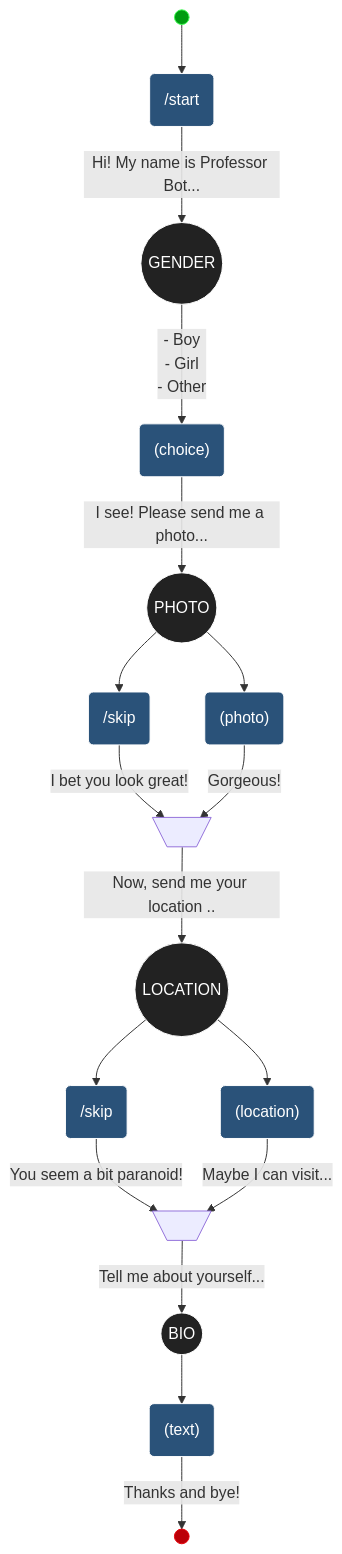
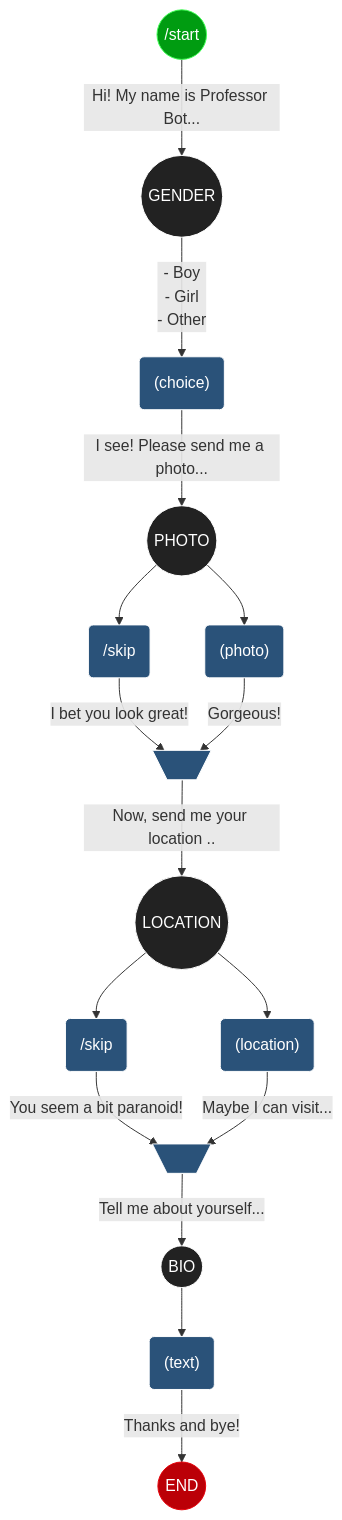
Before and after one commit to python-telegram-bot/python-telegram-bot: the diagram in examples/conversationbot.mmd, drawn with Mermaid. The commit also changed 3 other files, not shown here.

Commit message:
smaller improvements of diagrams

```diff
--- a/examples/conversationbot.mmd
+++ b/examples/conversationbot.mmd
@@ -1,22 +1,21 @@
 flowchart TB
     %% Documentation: https://mermaid-js.github.io/mermaid/#/flowchart
-    firstState((" ")):::firstState --> A("/start"):::userInput 
-    A -->|Hi! My name is Professor Bot...| B((GENDER)):::state
+    A(("/start")):::entryPoint -->|Hi! My name is Professor Bot...| B((GENDER)):::state
     B --> |"- Boy <br /> - Girl <br /> - Other"|C("(choice)"):::userInput 
     C --> |I see! Please send me a photo...| D((PHOTO)):::state
     D --> E("/skip"):::userInput
     D --> F("(photo)"):::userInput
-    E --> |I bet you look great!| G[\ /]
+    E --> |I bet you look great!| G[\ /]:::userInput
     F --> |Gorgeous!| G[\ /]
     G --> |"Now, send me your location .."| H((LOCATION)):::state
     H --> I("/skip"):::userInput
     H --> J("(location)"):::userInput
-    I --> |You seem a bit paranoid!| K[\" "/]
+    I --> |You seem a bit paranoid!| K[\" "/]:::userInput
     J --> |Maybe I can visit...| K
     K --> |"Tell me about yourself..."| L(("BIO")):::state
     L --> M("(text)"):::userInput
-    M --> |"Thanks and bye!"| termination((" ")):::termination
+    M --> |"Thanks and bye!"| End(("END")):::termination
     classDef userInput  fill:#2a5279, color:#ffffff, stroke:#ffffff
     classDef state fill:#222222, color:#ffffff, stroke:#ffffff
-    classDef firstState fill:#009c11, stroke:#42FF57, color:#ffffff
+    classDef entryPoint fill:#009c11, stroke:#42FF57, color:#ffffff
     classDef termination fill:#bb0007, stroke:#E60109, color:#ffffff
```
